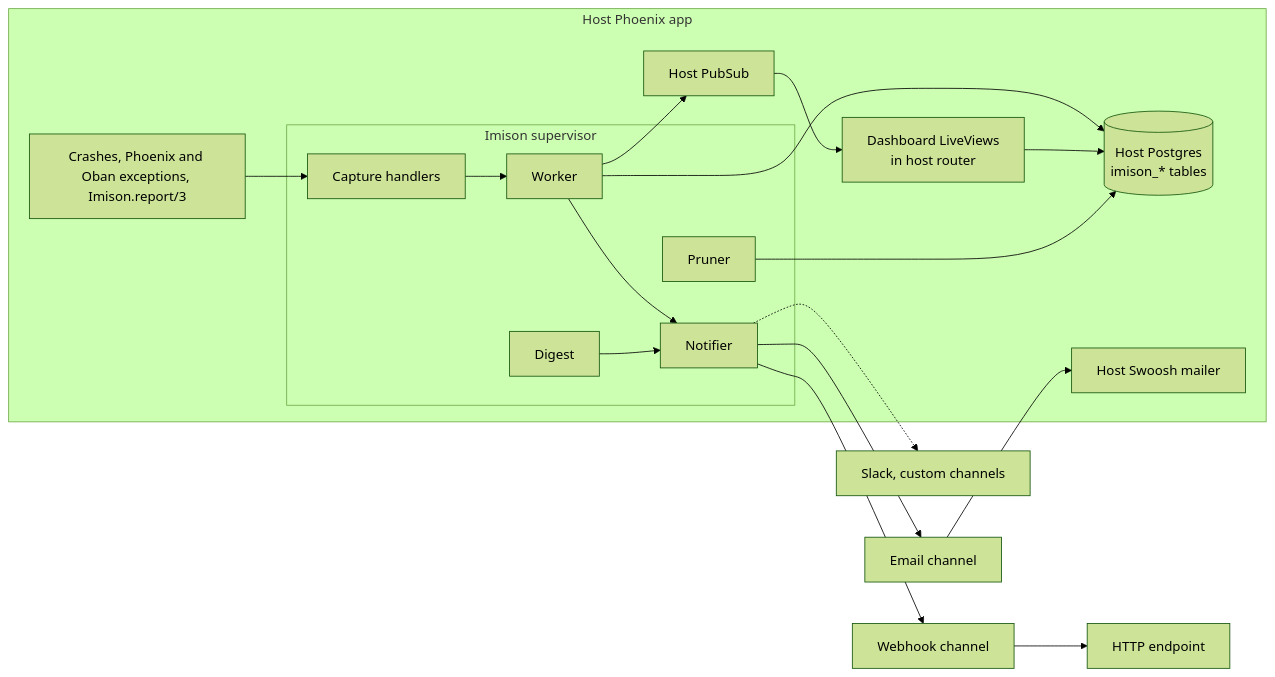
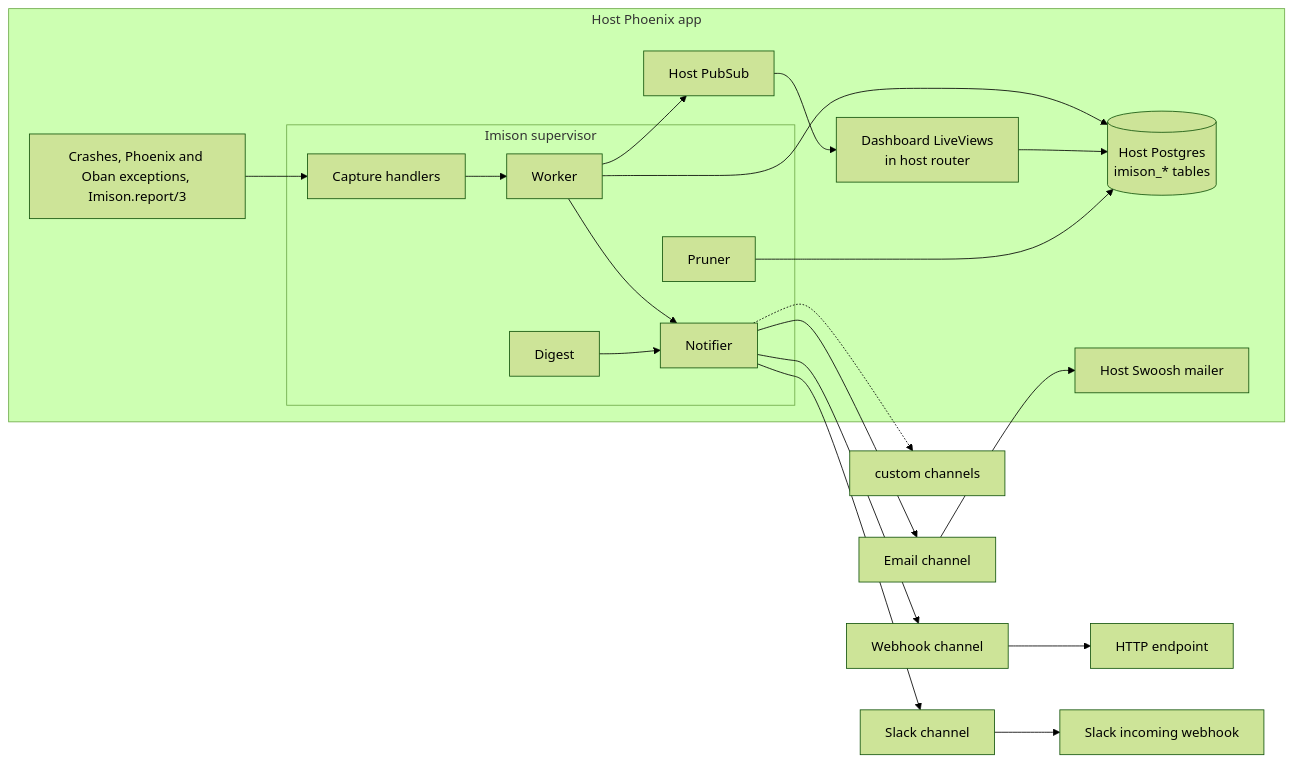
One commit to elpikel/imison changed the diagram in docs/PROJECT.md. Above: the diagram before and after it, drawn with Mermaid (forest theme). The commit also changed other lines of this file and 7 other files, not shown here.

First line of the commit message:
feat(notifications): add a Slack channel

````diff
--- a/docs/PROJECT.md
+++ b/docs/PROJECT.md
@@ -13,24 +13,25 @@
 ```mermaid
 flowchart LR
   subgraph host[Host Phoenix app]
     crash[Crashes, Phoenix and Oban exceptions, Imison.report/3]
     subgraph imison[Imison supervisor]
       capture[Capture handlers] --> worker[Worker]
       worker --> notifier[Notifier]
       pruner[Pruner]
       digest[Digest] --> notifier
     end
     repo[(Host Postgres<br/>imison_* tables)]
     pubsub[Host PubSub]
     dash[Dashboard LiveViews<br/>in host router]
     mailer[Host Swoosh mailer]
   end
   crash --> capture
   worker --> repo
   worker --> pubsub --> dash
   dash --> repo
   pruner --> repo
   notifier --> email[Email channel] --> mailer
   notifier --> webhook[Webhook channel] --> endpoint[HTTP endpoint]
-  notifier -.-> more[Slack, custom channels]
+  notifier --> slack[Slack channel] --> slackhook[Slack incoming webhook]
+  notifier -.-> more[custom channels]
 ```
````
